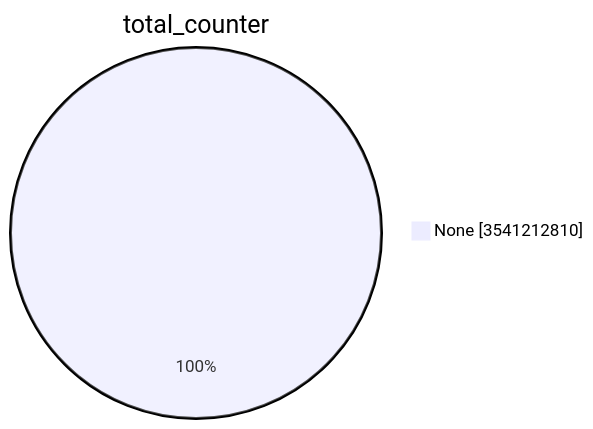
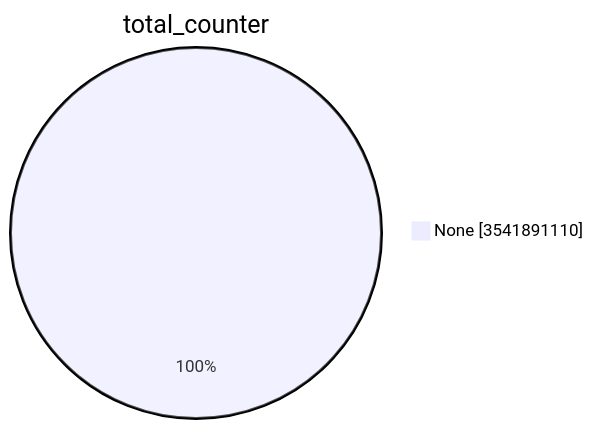
The first of 15 diagrams in TOTAL/README.md (christiankrug/ctmonitor_visualization), drawn with Mermaid before and after one commit. The commit also changed other lines of this file, not shown here.

````diff
--- a/TOTAL/README.md
+++ b/TOTAL/README.md
@@ -1,5 +1,5 @@
 ```mermaid
 pie showData
 title total_counter
-"None" :3541212810
+"None" :3541891110
 ```
````
